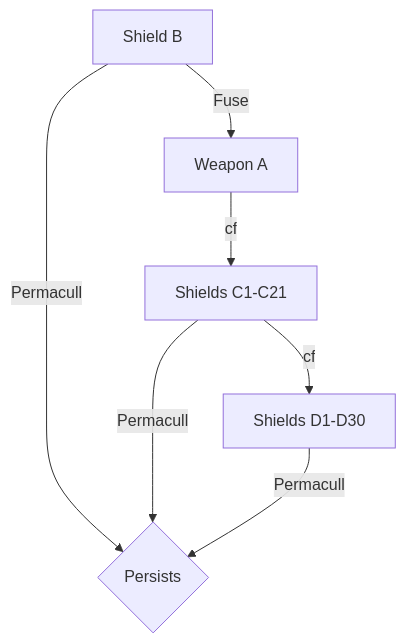
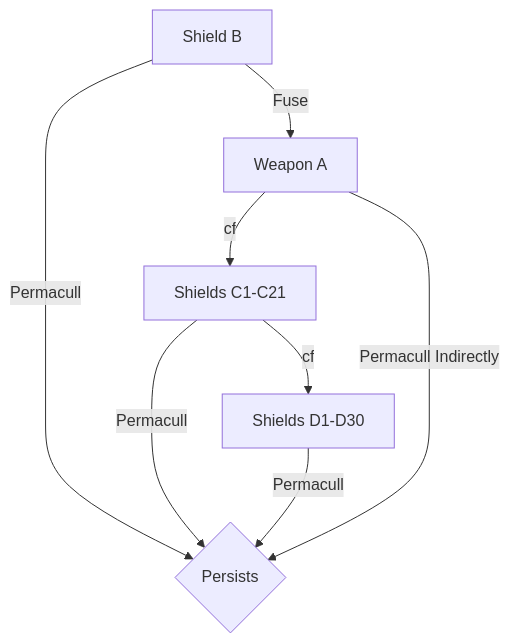
The sixth of 7 diagrams in docs/wiki/_wip/sfo-nesting-test.md (BKMzero/ultrabroken-documentation), drawn with Mermaid before and after one commit. The commit also changed other lines of this file, not shown here.

````diff
--- a/docs/wiki/_wip/sfo-nesting-test.md
+++ b/docs/wiki/_wip/sfo-nesting-test.md
@@ -424,9 +481,10 @@
-                ```mermaid
-                graph TD
-                    A[Shield B] -->|Fuse| B[Weapon A]
-                    B -->|cf| C[Shields C1-C21]
-                    C -->|cf| D[Shields D1-D30]
-                    A -->|Permacull| E{Persists}
-                    C -->|Permacull| E
-                    D -->|Permacull| E
-                ```
+            ```mermaid
+            graph TD
+                A[Shield B] -->|Fuse| B[Weapon A]
+                B -->|cf| C[Shields C1-C21]
+                C -->|cf| D[Shields D1-D30]
+                A -->|Permacull| E{Persists}
+                C -->|Permacull| E
+                D -->|Permacull| E
+                B -->|Permacull Indirectly| E
+            ```
````
